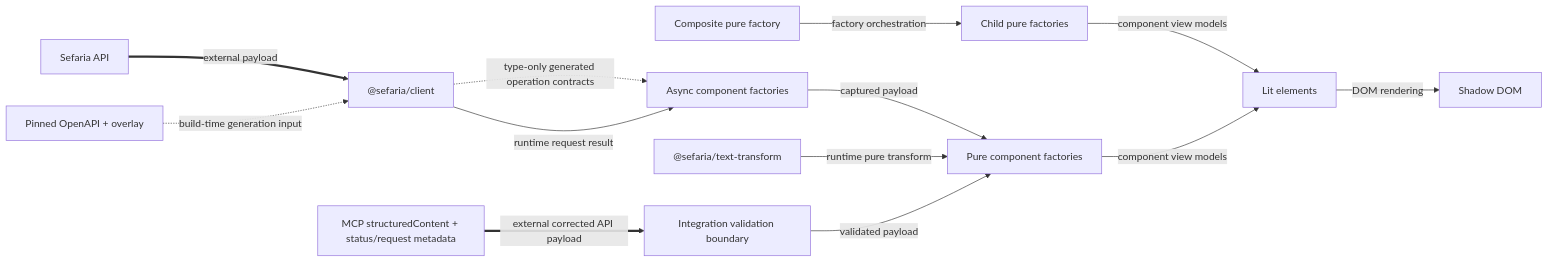
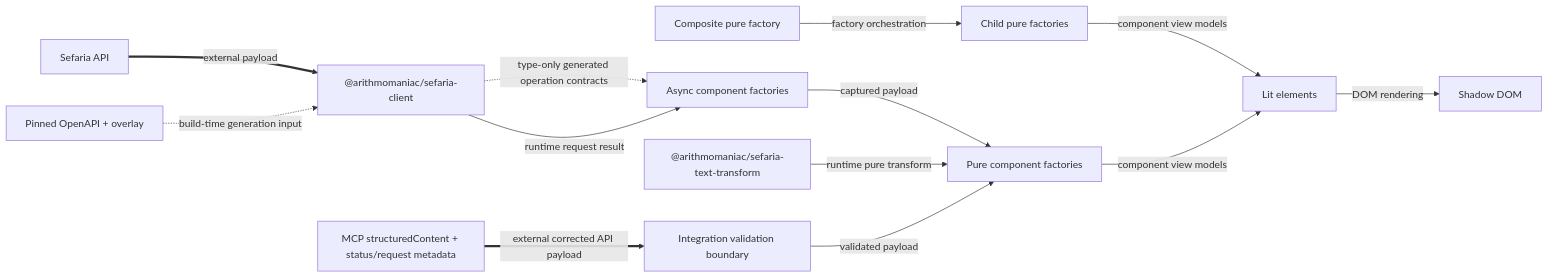
The diagram in docs/design.md (Arithmomaniac/sefaria-frontend-toolkit), drawn with Mermaid before and after one commit. The commit also changed other lines of this file and 130 other files, not shown here.

````diff
--- a/docs/design.md
+++ b/docs/design.md
@@ -81,15 +81,15 @@
 ```mermaid
 flowchart LR
-    API["Sefaria API"] ==>|"external payload"| CLIENT["@sefaria/client"]
+    API["Sefaria API"] ==>|"external payload"| CLIENT["@arithmomaniac/sefaria-client"]
     PIN["Pinned OpenAPI + overlay"] -.->|"build-time generation input"| CLIENT
     CLIENT -.->|"type-only generated operation contracts"| ASYNC["Async component factories"]
     CLIENT -->|"runtime request result"| ASYNC
     ASYNC -->|"captured payload"| PURE["Pure component factories"]
-    XFORM["@sefaria/text-transform"] -->|"runtime pure transform"| PURE
+    XFORM["@arithmomaniac/sefaria-text-transform"] -->|"runtime pure transform"| PURE
     COMPOSITE["Composite pure factory"] -->|"factory orchestration"| CHILD["Child pure factories"]
     CHILD -->|"component view models"| ELEMENTS["Lit elements"]
     PURE -->|"component view models"| ELEMENTS
     ELEMENTS -->|"DOM rendering"| DOM["Shadow DOM"]
     MCP["MCP structuredContent + status/request metadata"] ==>|"external corrected API payload"| BOUNDARY["Integration validation boundary"]
     BOUNDARY -->|"validated payload"| PURE
 ```
````
